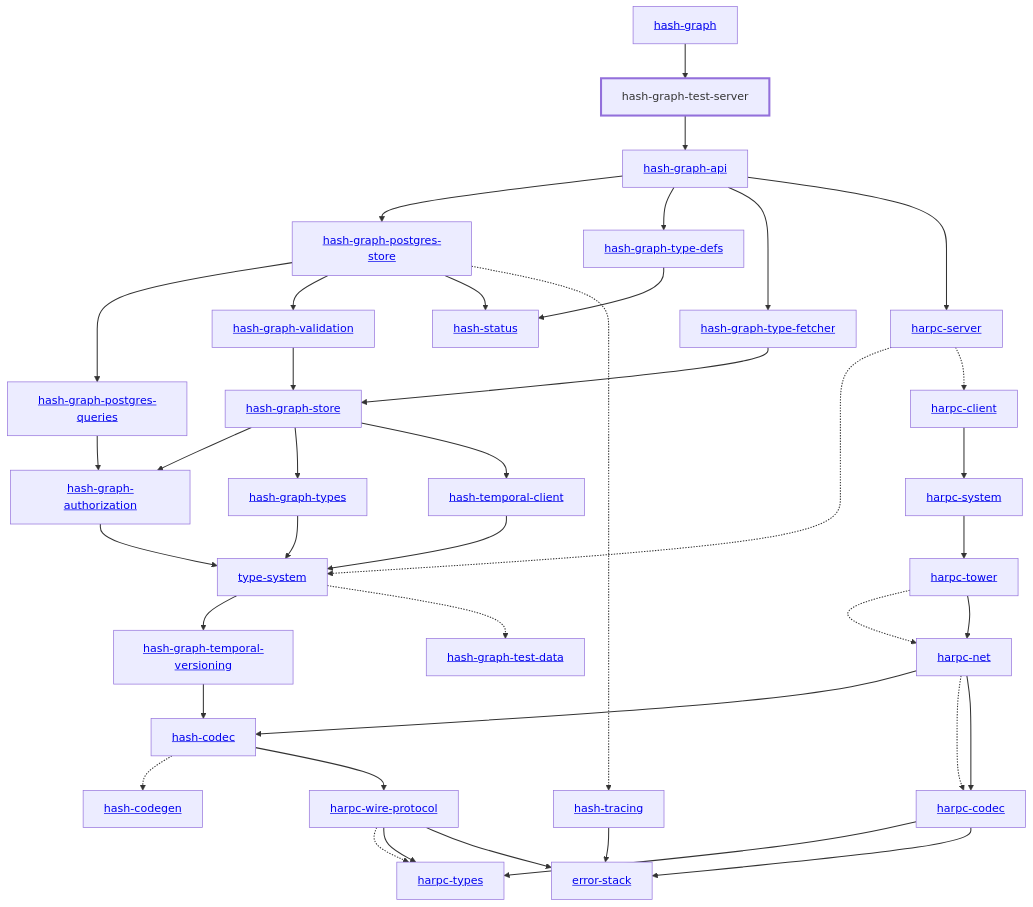
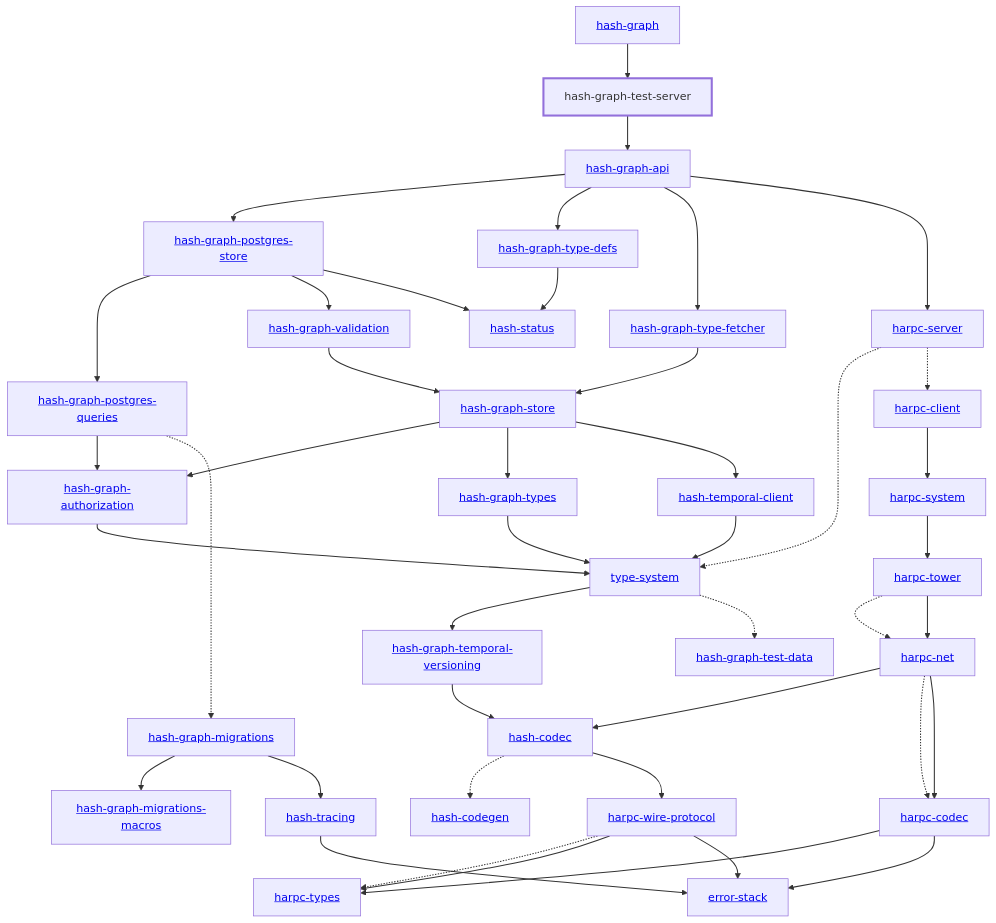
The diagram in libs/@local/graph/test-server/docs/dependency-diagram.mmd (hashintel/hash), drawn with Mermaid before and after one commit. The commit also changed 11 other files, not shown here.

```diff
--- a/libs/@local/graph/test-server/docs/dependency-diagram.mmd
+++ b/libs/@local/graph/test-server/docs/dependency-diagram.mmd
@@ -1,79 +1,83 @@
 graph TD
     linkStyle default stroke-width:1.5px
     classDef default stroke-width:1px
     classDef root stroke-width:3px
     classDef dev stroke-width:1px
     classDef build stroke-width:1px
     %% Legend
     %% --> : Normal dependency
     %% -.-> : Dev dependency
     %% ---> : Build dependency
     0[<a href="../hash_graph">hash-graph</a>]
     1[<a href="../type_system">type-system</a>]
     2[<a href="../hash_codec">hash-codec</a>]
     3[<a href="../hash_codegen">hash-codegen</a>]
     4[<a href="../hash_graph_api">hash-graph-api</a>]
     5[<a href="../hash_graph_authorization">hash-graph-authorization</a>]
-    6[<a href="../hash_graph_postgres_queries">hash-graph-postgres-queries</a>]
-    7[<a href="../hash_graph_postgres_store">hash-graph-postgres-store</a>]
-    8[<a href="../hash_graph_store">hash-graph-store</a>]
-    9[<a href="../hash_graph_temporal_versioning">hash-graph-temporal-versioning</a>]
-    10[hash-graph-test-server]
-    class 10 root
-    11[<a href="../hash_graph_type_defs">hash-graph-type-defs</a>]
-    12[<a href="../hash_graph_type_fetcher">hash-graph-type-fetcher</a>]
-    13[<a href="../hash_graph_types">hash-graph-types</a>]
-    14[<a href="../hash_graph_validation">hash-graph-validation</a>]
-    15[<a href="../harpc_client">harpc-client</a>]
-    16[<a href="../harpc_codec">harpc-codec</a>]
-    17[<a href="../harpc_net">harpc-net</a>]
-    18[<a href="../harpc_server">harpc-server</a>]
-    19[<a href="../harpc_system">harpc-system</a>]
-    20[<a href="../harpc_tower">harpc-tower</a>]
-    21[<a href="../harpc_types">harpc-types</a>]
-    22[<a href="../harpc_wire_protocol">harpc-wire-protocol</a>]
-    23[<a href="../hash_status">hash-status</a>]
-    24[<a href="../hash_temporal_client">hash-temporal-client</a>]
-    25[<a href="../hash_tracing">hash-tracing</a>]
-    26[<a href="../error_stack">error-stack</a>]
-    27[<a href="../hash_graph_test_data">hash-graph-test-data</a>]
-    0 --> 10
-    1 --> 9
-    1 -.-> 27
+    6[<a href="../hash_graph_migrations">hash-graph-migrations</a>]
+    7[<a href="../hash_graph_migrations_macros">hash-graph-migrations-macros</a>]
+    8[<a href="../hash_graph_postgres_queries">hash-graph-postgres-queries</a>]
+    9[<a href="../hash_graph_postgres_store">hash-graph-postgres-store</a>]
+    10[<a href="../hash_graph_store">hash-graph-store</a>]
+    11[<a href="../hash_graph_temporal_versioning">hash-graph-temporal-versioning</a>]
+    12[hash-graph-test-server]
+    class 12 root
+    13[<a href="../hash_graph_type_defs">hash-graph-type-defs</a>]
+    14[<a href="../hash_graph_type_fetcher">hash-graph-type-fetcher</a>]
+    15[<a href="../hash_graph_types">hash-graph-types</a>]
+    16[<a href="../hash_graph_validation">hash-graph-validation</a>]
+    17[<a href="../harpc_client">harpc-client</a>]
+    18[<a href="../harpc_codec">harpc-codec</a>]
+    19[<a href="../harpc_net">harpc-net</a>]
+    20[<a href="../harpc_server">harpc-server</a>]
+    21[<a href="../harpc_system">harpc-system</a>]
+    22[<a href="../harpc_tower">harpc-tower</a>]
+    23[<a href="../harpc_types">harpc-types</a>]
+    24[<a href="../harpc_wire_protocol">harpc-wire-protocol</a>]
+    25[<a href="../hash_status">hash-status</a>]
+    26[<a href="../hash_temporal_client">hash-temporal-client</a>]
+    27[<a href="../hash_tracing">hash-tracing</a>]
+    28[<a href="../error_stack">error-stack</a>]
+    29[<a href="../hash_graph_test_data">hash-graph-test-data</a>]
+    0 --> 12
+    1 --> 11
+    1 -.-> 29
     2 -.-> 3
-    2 --> 22
-    4 --> 7
-    4 --> 11
-    4 --> 12
-    4 --> 18
+    2 --> 24
+    4 --> 9
+    4 --> 13
+    4 --> 14
+    4 --> 20
     5 --> 1
-    6 --> 5
-    7 --> 6
-    7 --> 14
-    7 --> 23
-    7 -.-> 25
+    6 --> 7
+    6 --> 27
     8 --> 5
-    8 --> 13
-    8 --> 24
-    9 --> 2
-    10 --> 4
-    11 --> 23
-    12 --> 8
-    13 --> 1
-    14 --> 8
-    15 --> 19
-    16 --> 21
-    16 --> 26
-    17 --> 2
-    17 -.-> 16
-    17 --> 16
-    18 -.-> 1
-    18 -.-> 15
-    19 --> 20
+    8 -.-> 6
+    9 --> 8
+    9 --> 16
+    9 --> 25
+    10 --> 5
+    10 --> 15
+    10 --> 26
+    11 --> 2
+    12 --> 4
+    13 --> 25
+    14 --> 10
+    15 --> 1
+    16 --> 10
+    17 --> 21
+    18 --> 23
+    18 --> 28
+    19 --> 2
+    19 -.-> 18
+    19 --> 18
+    20 -.-> 1
     20 -.-> 17
-    20 --> 17
-    22 -.-> 21
-    22 --> 21
-    22 --> 26
-    24 --> 1
-    25 --> 26
+    21 --> 22
+    22 -.-> 19
+    22 --> 19
+    24 -.-> 23
+    24 --> 23
+    24 --> 28
+    26 --> 1
+    27 --> 28
```
